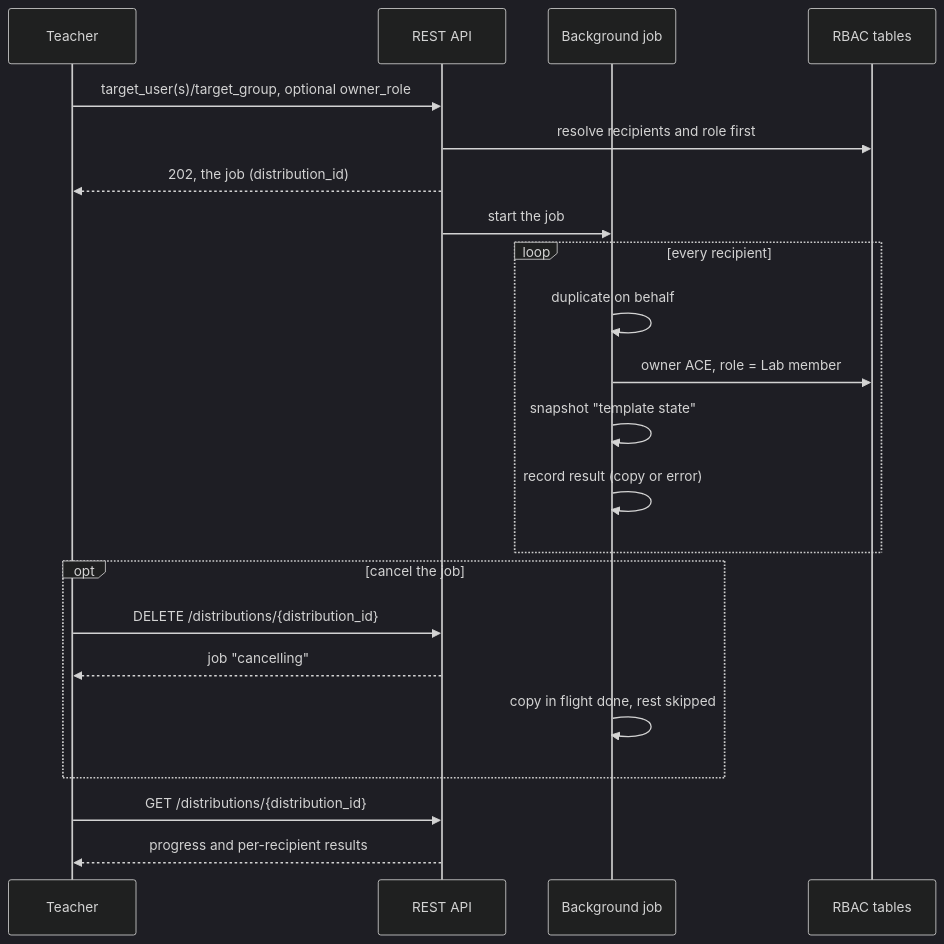
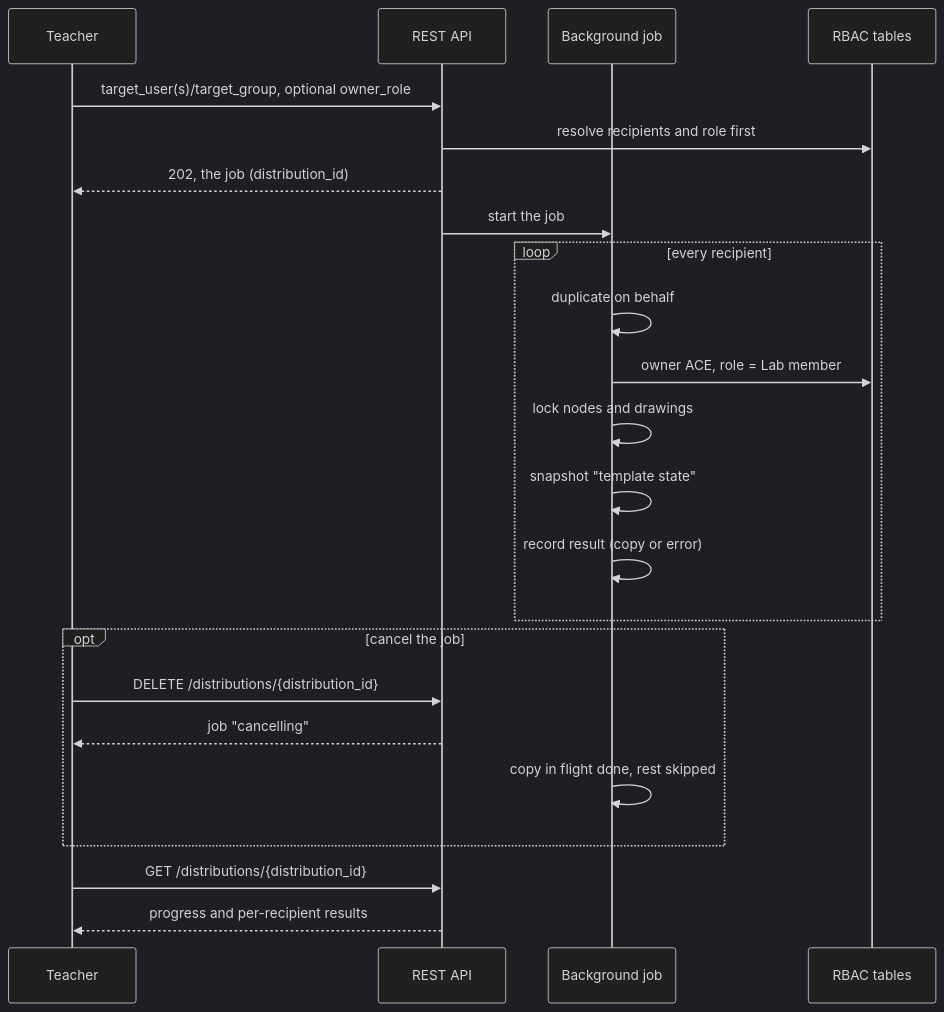
The second of 2 diagrams in docs/features/project-distribution.md (yueguobin/gns3-server), drawn with Mermaid (dark theme) before and after one commit. The commit also changed other lines of this file and 4 other files, not shown here.

````diff
--- a/docs/features/project-distribution.md
+++ b/docs/features/project-distribution.md
@@ -48,24 +48,25 @@
 ```mermaid
 sequenceDiagram
     participant T as Teacher
     participant API as REST API
     participant J as Background job
     participant R as RBAC tables
     T->>API: target_user(s)/target_group, optional owner_role
     API->>R: resolve recipients and role first
     API-->>T: 202, the job (distribution_id)
     API->>J: start the job
     loop every recipient
         J->>J: duplicate on behalf
         J->>R: owner ACE, role = Lab member
+        J->>J: lock nodes and drawings
         J->>J: snapshot "template state"
         J->>J: record result (copy or error)
     end
     opt cancel the job
         T->>API: DELETE /distributions/{distribution_id}
         API-->>T: job "cancelling"
         J->>J: copy in flight done, rest skipped
     end
     T->>API: GET /distributions/{distribution_id}
     API-->>T: progress and per-recipient results
 ```
````
